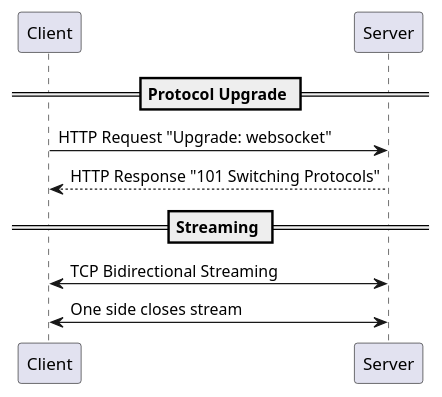
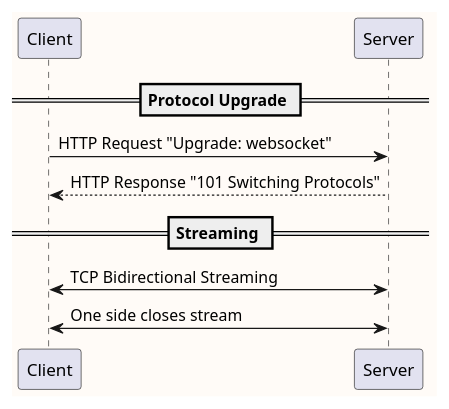
The diagram in docs/handshake.puml (lugawe/nodejs-websocket), drawn with PlantUML before and after one commit. The commit also changed 3 other files, not shown here.

```diff
--- a/docs/handshake.puml
+++ b/docs/handshake.puml
@@ -1,9 +1,12 @@
 @startuml
+
+skinparam backgroundColor #fffbf7
+
 == Protocol Upgrade ==
 Client -> Server: HTTP Request "Upgrade: websocket"
 Server --> Client: HTTP Response "101 Switching Protocols"
 
 == Streaming ==
 Client <-> Server: TCP Bidirectional Streaming
 Client <-> Server: One side closes stream
 @enduml
```
